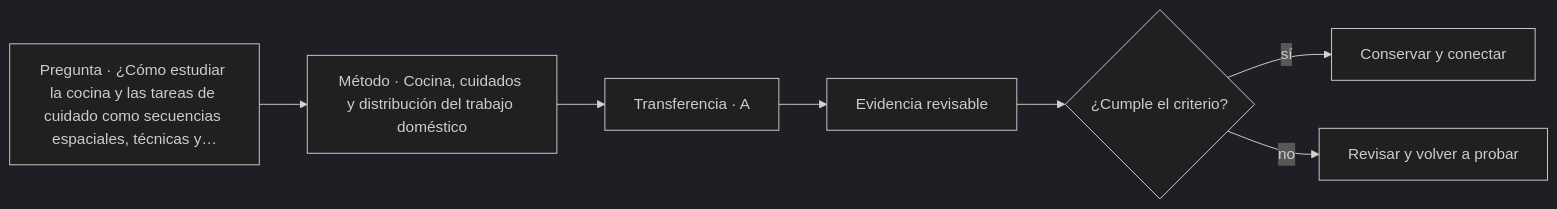
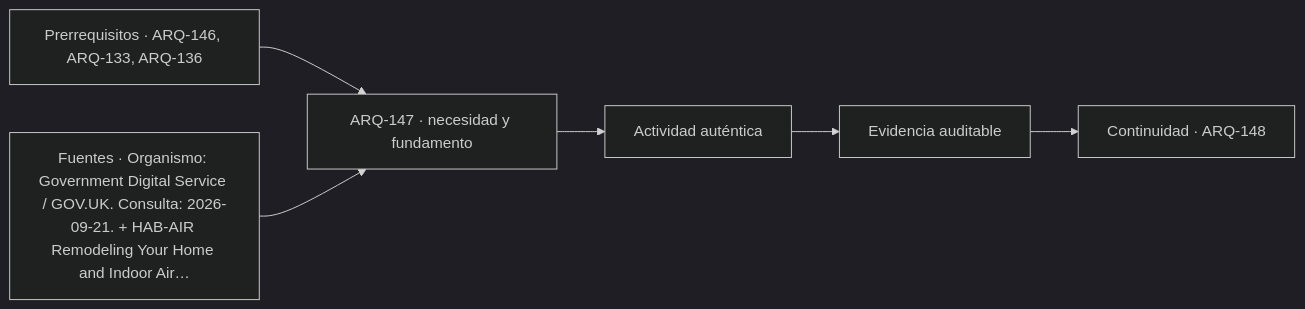
One commit to vladimiracunadev-create/architecture-built-environment-learning-program changed the diagram in classes/parte-15/ARQ-147.md. Above: the diagram before and after it, drawn with Mermaid (dark theme). The commit also changed other lines of this file and 761 other files, not shown here.

````diff
--- a/classes/parte-15/ARQ-147.md
+++ b/classes/parte-15/ARQ-147.md
@@ -108,9 +120,8 @@
 ```mermaid
 flowchart LR
-    Q["Pregunta · ¿Cómo estudiar la cocina y las tareas de cuidado como secuencias espaciales, técnicas y…"] --> M["Método · Cocina, cuidados y distribución del trabajo doméstico"]
-    M --> P["Transferencia · A"]
-    P --> E["Evidencia revisable"]
-    E --> C{"¿Cumple el criterio?"}
-    C -->|sí| T["Conservar y conectar"]
-    C -->|no| R["Revisar y volver a probar"]
+    A["Prerrequisitos · ARQ-146, ARQ-133, ARQ-136"] --> B["ARQ-147 · necesidad y fundamento"]
+    S["Fuentes · Organismo: Government Digital Service / GOV.UK. Consulta: 2026-09-21. + HAB-AIR Remodeling Your Home and Indoor Air…"] --> B
+    B --> C["Actividad auténtica"]
+    C --> D["Evidencia auditable"]
+    D --> E["Continuidad · ARQ-148"]
 ```
````
